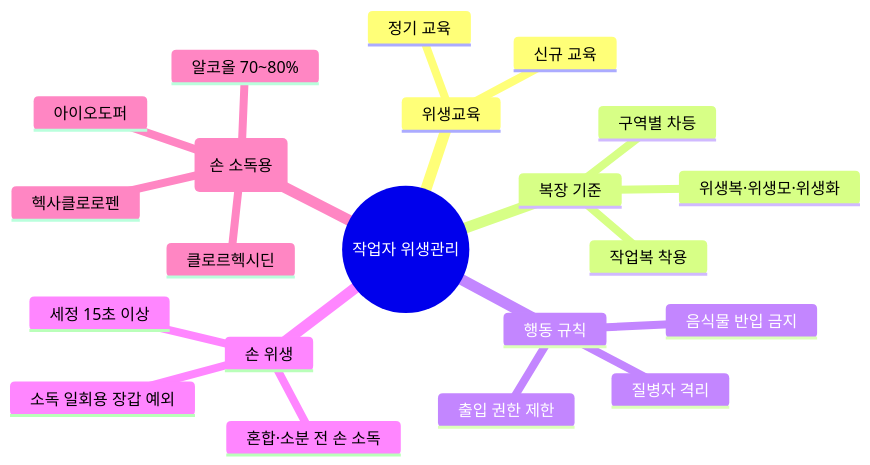
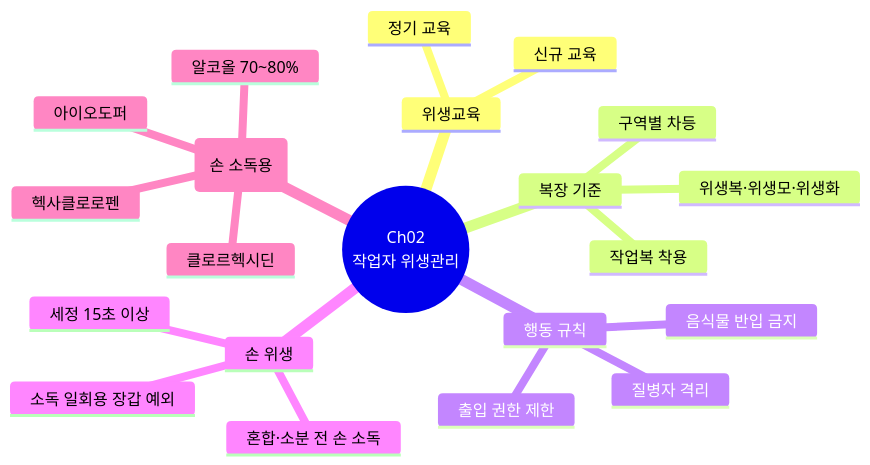
Diagram 11 of 19 in content/교재/safety/3과목_유통화장품안전관리_이야기형.md (skygoldlee-cyber/Personalized_Skincare), drawn with Mermaid before and after one commit. The commit also changed other lines of this file and 8 other files, not shown here.

````diff
--- a/content/교재/safety/3과목_유통화장품안전관리_이야기형.md
+++ b/content/교재/safety/3과목_유통화장품안전관리_이야기형.md
@@ -1358,24 +1358,24 @@
 ```mermaid
 mindmap
- root((작업자 위생관리))
+ root((Ch02<br/>작업자 위생관리))
   위생교육
    신규 교육
    정기 교육
   복장 기준
    작업복 착용
    구역별 차등
    위생복·위생모·위생화
   행동 규칙
    음식물 반입 금지
    질병자 격리
    출입 권한 제한
   손 위생
    세정 15초 이상
    소독 일회용 장갑 예외
    혼합·소분 전 손 소독
   소독제 4종(손 소독용)
    알코올 70~80%
    클로르헥시딘
    헥사클로로펜
    아이오도퍼
 ```
````
